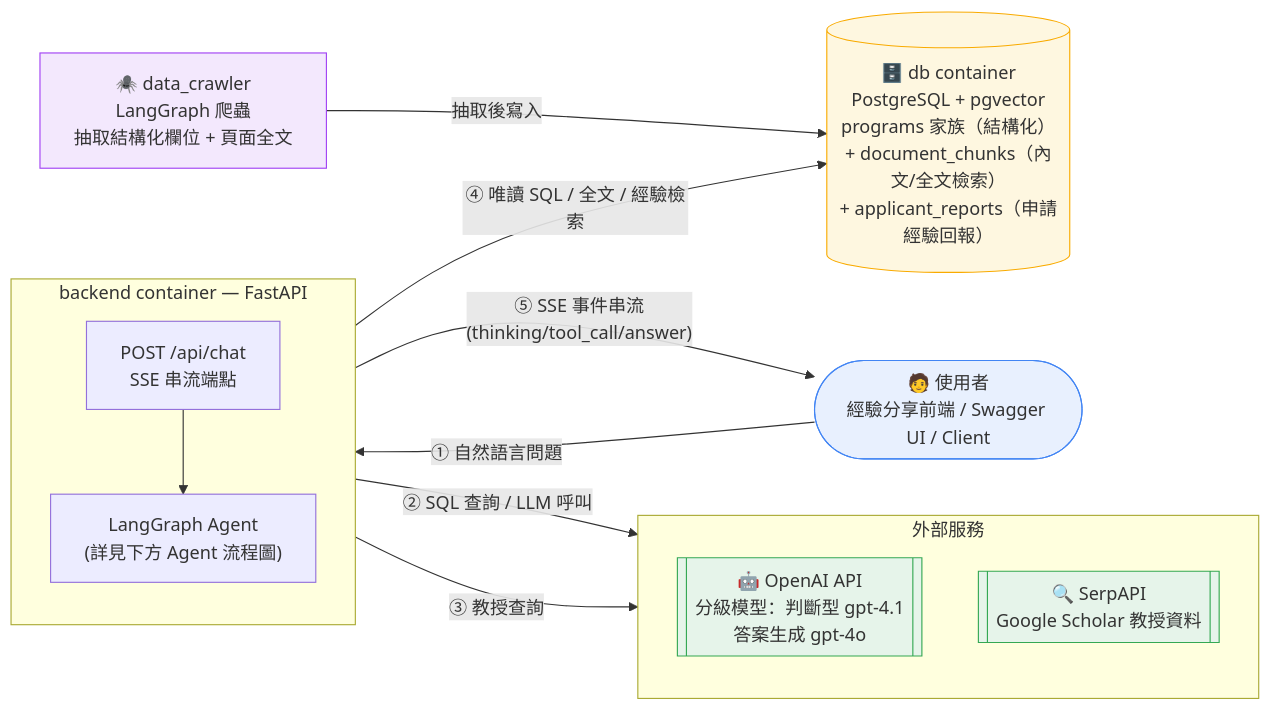
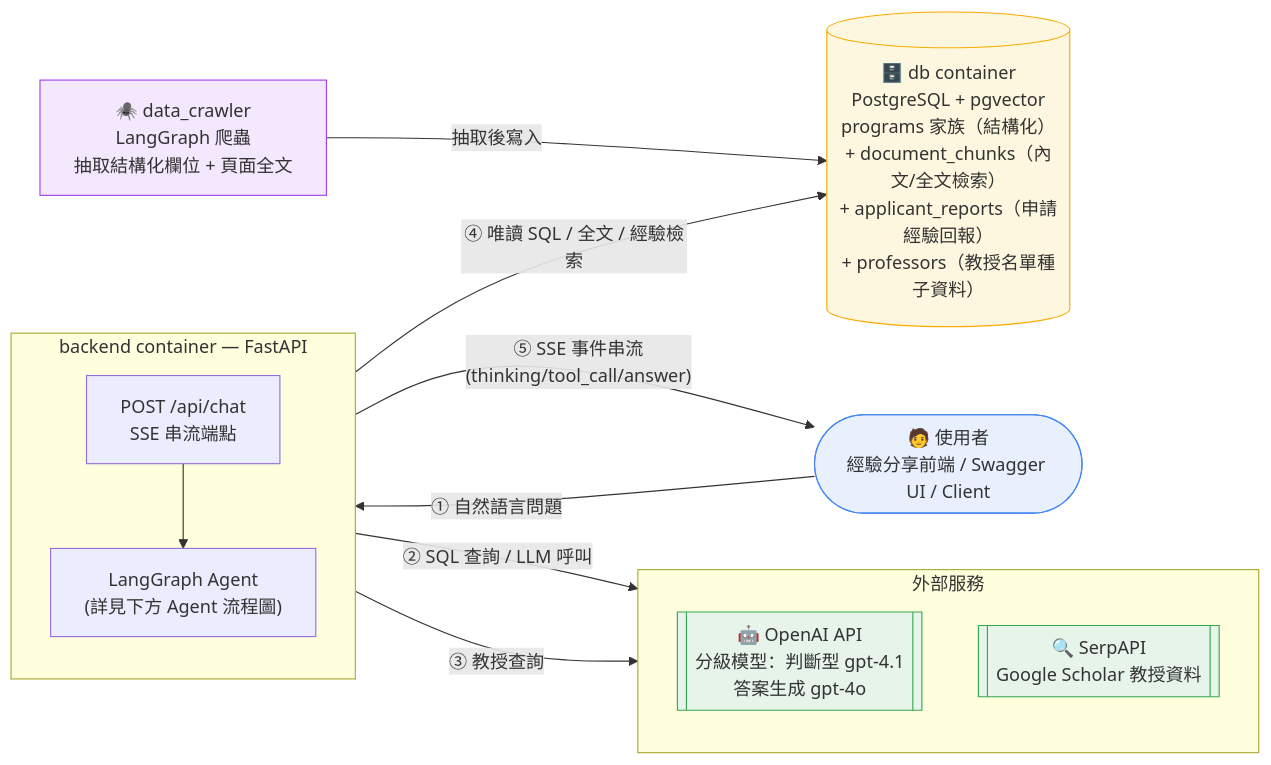
The first of 2 diagrams in README.md (iamhenryhuang/AI-Study-Abroad-Consultant), drawn with Mermaid before and after one commit. The commit also changed other lines of this file and 2 other files, not shown here.

Commit message:
docs: document professor list query and contextvars fix

````diff
--- a/README.md
+++ b/README.md
@@ -18,34 +18,34 @@
 ```mermaid
 flowchart LR
     Client(["🧑 使用者<br/>經驗分享前端 / Swagger UI / Client"])
 
     subgraph Backend["backend container — FastAPI"]
         direction TB
         API["POST /api/chat<br/>SSE 串流端點"]
         Agent["LangGraph Agent<br/>(詳見下方 Agent 流程圖)"]
         API --> Agent
     end
 
     subgraph External["外部服務"]
         direction TB
         OpenAI[["🤖 OpenAI API<br/>分級模型：判斷型 gpt-4.1<br/>答案生成 gpt-4o"]]
         SerpAPI[["🔍 SerpAPI<br/>Google Scholar 教授資料"]]
     end
 
-    DB[("🗄️ db container<br/>PostgreSQL + pgvector<br/>programs 家族（結構化）<br/>+ document_chunks（內文/全文檢索）<br/>+ applicant_reports（申請經驗回報）")]
+    DB[("🗄️ db container<br/>PostgreSQL + pgvector<br/>programs 家族（結構化）<br/>+ document_chunks（內文/全文檢索）<br/>+ applicant_reports（申請經驗回報）<br/>+ professors（教授名單種子資料）")]
     Crawler["🕷️ data_crawler<br/>LangGraph 爬蟲<br/>抽取結構化欄位 + 頁面全文"]
 
     Crawler -- "抽取後寫入" --> DB
     Client -- "① 自然語言問題" --> API
     Agent -- "② SQL 查詢 / LLM 呼叫" --> OpenAI
     Agent -- "③ 教授查詢" --> SerpAPI
     Agent -- "④ 唯讀 SQL / 全文 / 經驗檢索" --> DB
     Agent -- "⑤ SSE 事件串流<br/>(thinking/tool_call/answer)" --> Client
 
     style Crawler fill:#f3e8fd,stroke:#a142f4
 
     style Client fill:#e8f0fe,stroke:#4285f4
     style DB fill:#fef7e0,stroke:#f9ab00
     style OpenAI fill:#e6f4ea,stroke:#34a853
     style SerpAPI fill:#e6f4ea,stroke:#34a853
 ```
````
